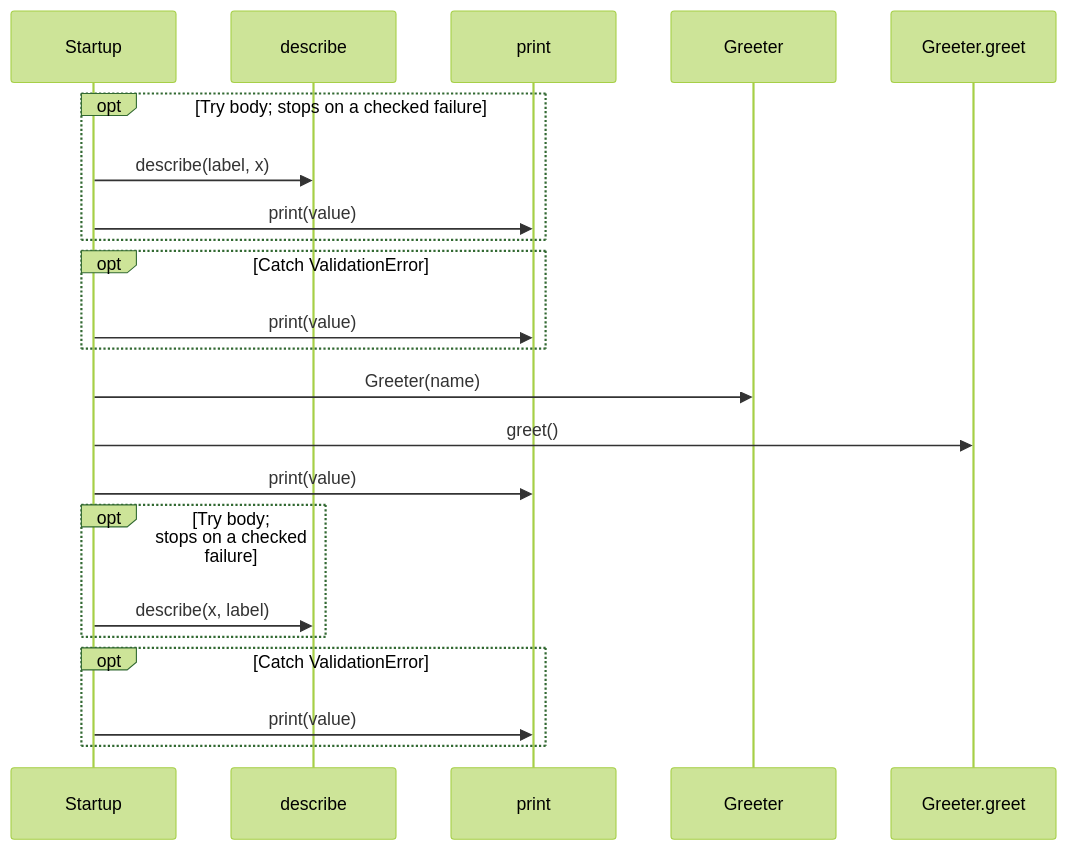
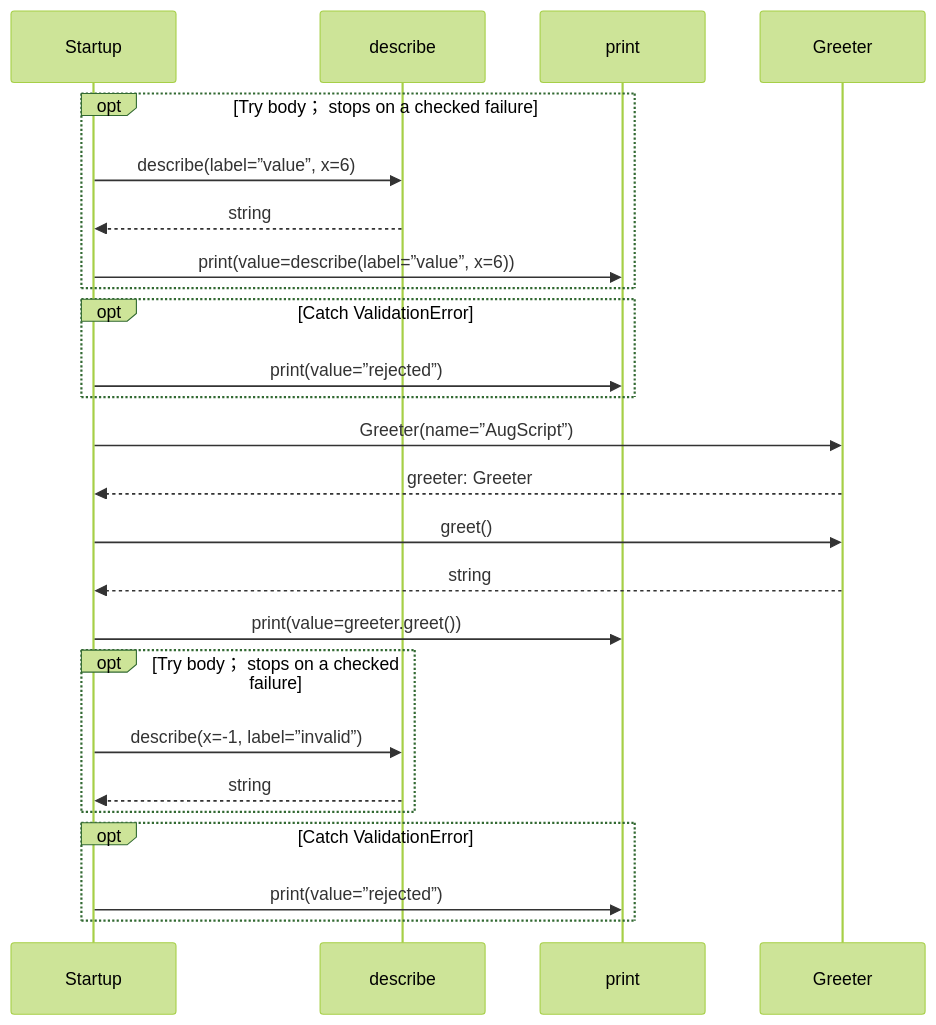
The third of 3 diagrams in docs/examples/interceptors/main-diagrams.md (GreenPandaStudios/augscript), drawn with Mermaid (forest theme) before and after one commit. The commit also changed other lines of this file and 524 other files, not shown here.

Commit message:
Explain checked data flow at folder and service levels

````diff
--- a/docs/examples/interceptors/main-diagrams.md
+++ b/docs/examples/interceptors/main-diagrams.md
@@ -51,24 +53,27 @@
 ```mermaid
 sequenceDiagram
     participant p0 as Startup
     participant p1 as describe
     participant p2 as print
     participant p3 as Greeter
-    participant p4 as Greeter.greet
-    opt Try body#59; stops on a checked failure
-    p0->>p1: describe(label, x)
-    p0->>p2: print(value)
+    opt Try body； stops on a checked failure
+    p0->>p1: describe(label=”value”, x=6)
+    p1-->>p0: string
+    p0->>p2: print(value=describe(label=”value”, x=6))
     end
     opt Catch ValidationError
-    p0->>p2: print(value)
+    p0->>p2: print(value=”rejected”)
     end
-    p0->>p3: Greeter(name)
-    p0->>p4: greet()
-    p0->>p2: print(value)
-    opt Try body#59; stops on a checked failure
-    p0->>p1: describe(x, label)
+    p0->>p3: Greeter(name=”AugScript”)
+    p3-->>p0: greeter: Greeter
+    p0->>p3: greet()
+    p3-->>p0: string
+    p0->>p2: print(value=greeter.greet())
+    opt Try body； stops on a checked failure
+    p0->>p1: describe(x=-1, label=”invalid”)
+    p1-->>p0: string
     end
     opt Catch ValidationError
-    p0->>p2: print(value)
+    p0->>p2: print(value=”rejected”)
     end
 ```
````
